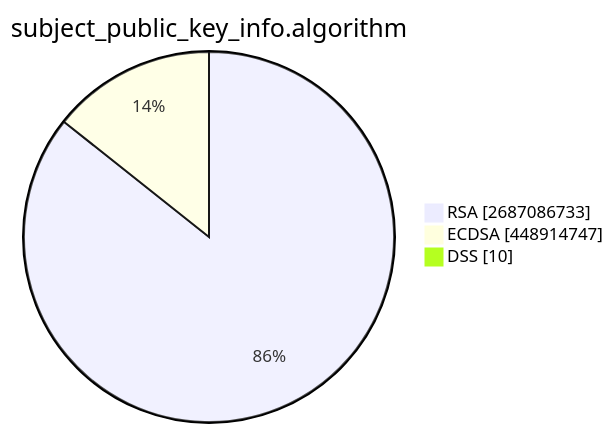
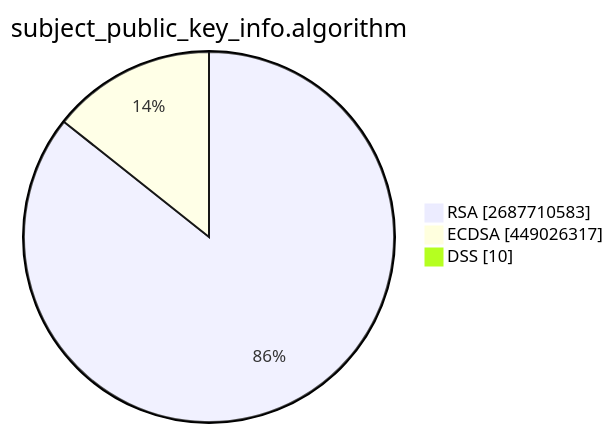
Before and after one commit to christiankrug/ctmonitor_visualization: the second of 15 diagrams in TOTAL/README.md, drawn with Mermaid. The commit also changed other lines of this file, not shown here.

````diff
--- a/TOTAL/README.md
+++ b/TOTAL/README.md
@@ -6,7 +6,7 @@
 ```mermaid
 pie showData
 title subject_public_key_info.algorithm
-"RSA" :2687086733
-"ECDSA" :448914747
+"RSA" :2687710583
+"ECDSA" :449026317
 "DSS" :10
 ```
````
